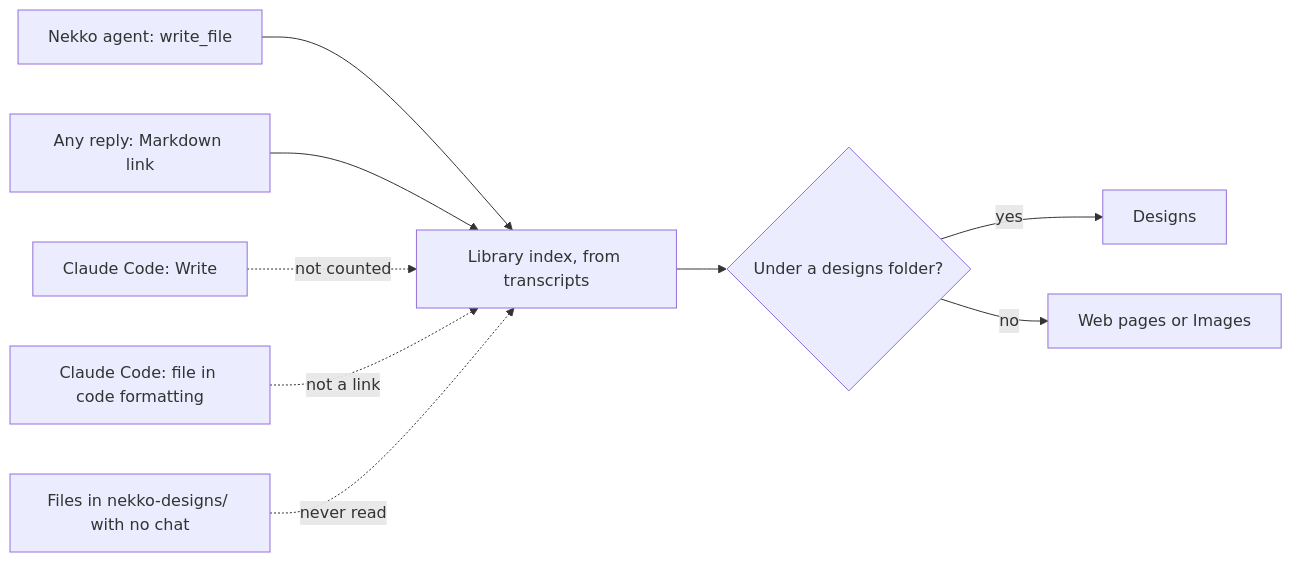
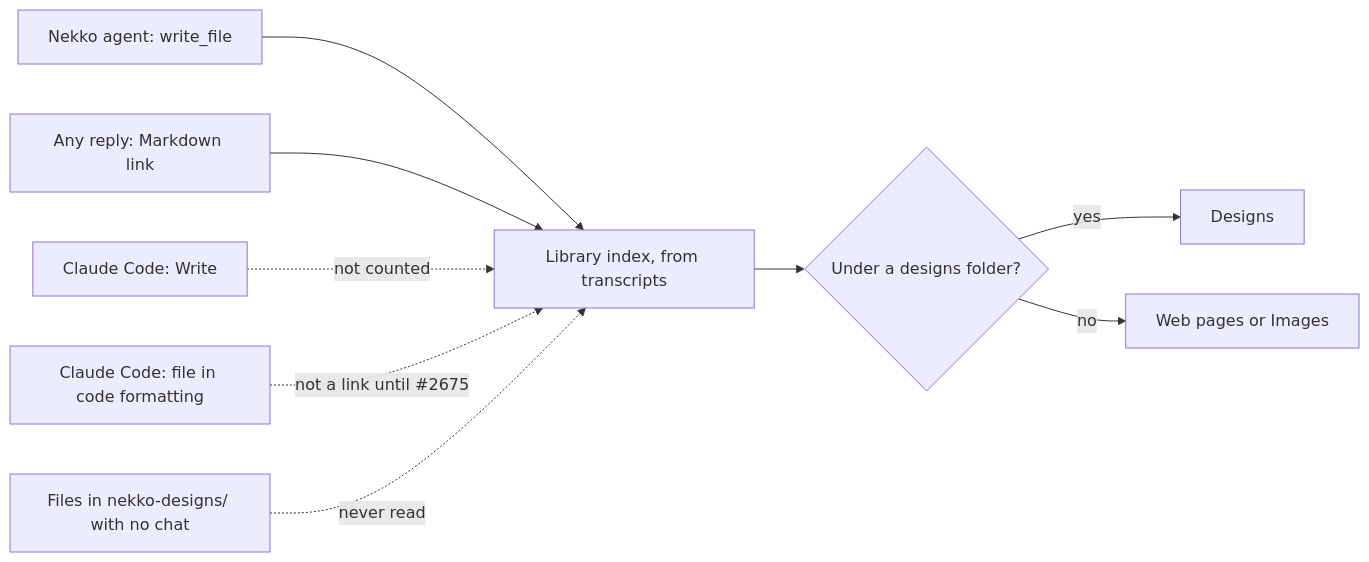
One commit to nekko-labs/nekko-agent changed the first of 2 diagrams in reports/design-canvases-for-agents-2026-11-12.md. Above: the diagram before and after it, drawn with Mermaid. The commit also changed other lines of this file and 3 other files, not shown here.

First line of the commit message:
Library designs: account for files named in code formatting now counting as links

````diff
--- a/reports/design-canvases-for-agents-2026-11-12.md
+++ b/reports/design-canvases-for-agents-2026-11-12.md
@@ -29,11 +29,11 @@
 ```mermaid
 flowchart LR
   N[Nekko agent: write_file] --> I[Library index, from transcripts]
   L[Any reply: Markdown link] --> I
   C[Claude Code: Write] -. not counted .-> I
-  K[Claude Code: file in code formatting] -. not a link .-> I
+  K[Claude Code: file in code formatting] -. not a link until #2675 .-> I
   F[Files in nekko-designs/ with no chat] -. never read .-> I
   I --> D{Under a designs folder?}
   D -- yes --> G[Designs]
   D -- no --> W[Web pages or Images]
 ```
````
